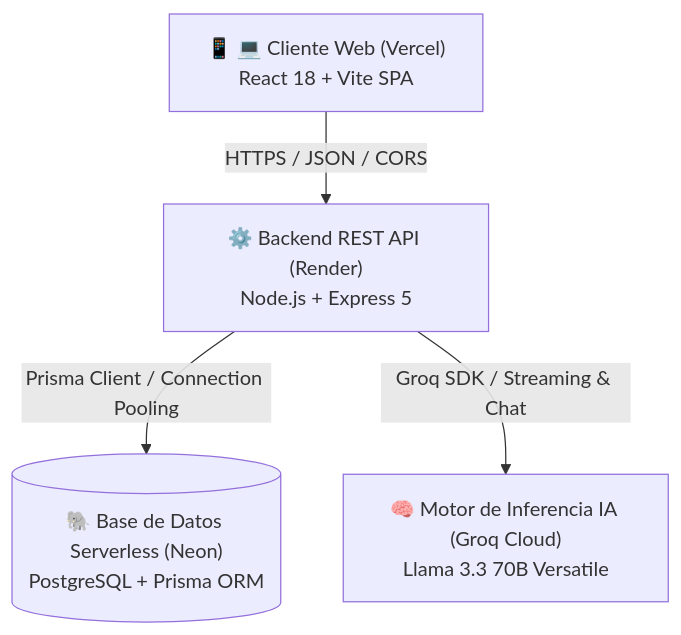
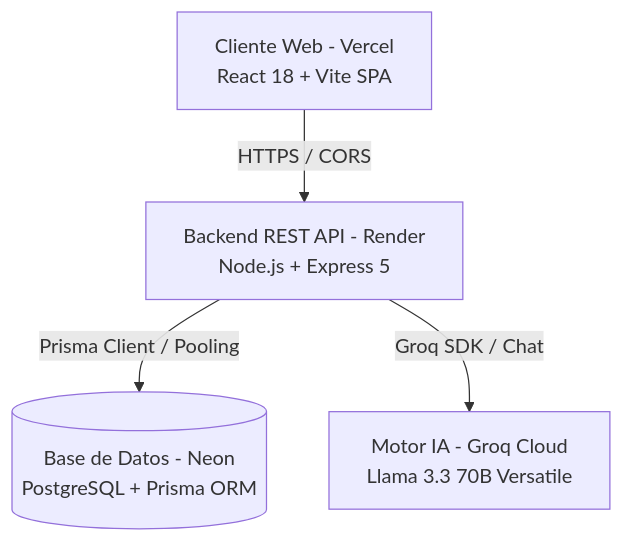
One commit to mirtaveron/tutor-so changed the diagram in README.md. Above: the diagram before and after it, drawn with Mermaid.

Commit message:
fix: resolve Mermaid diagram syntax for GitHub renderer

````diff
--- a/README.md
+++ b/README.md
@@ -21,11 +21,11 @@
 ```mermaid
-graph TD
-    Client["📱 💻 Cliente Web (Vercel)<br/>React 18 + Vite SPA"]
-    API["⚙️ Backend REST API (Render)<br/>Node.js + Express 5"]
-    DB[("🐘 Base de Datos Serverless (Neon)<br/>PostgreSQL + Prisma ORM")]
-    AI["🧠 Motor de Inferencia IA (Groq Cloud)<br/>Llama 3.3 70B Versatile"]
+flowchart TD
+    Client["Cliente Web - Vercel<br/>React 18 + Vite SPA"]
+    API["Backend REST API - Render<br/>Node.js + Express 5"]
+    DB[("Base de Datos - Neon<br/>PostgreSQL + Prisma ORM")]
+    AI["Motor IA - Groq Cloud<br/>Llama 3.3 70B Versatile"]
 
-    Client -->|HTTPS / JSON / CORS| API
-    API -->|Prisma Client / Connection Pooling| DB
-    API -->|Groq SDK / Streaming & Chat| AI
+    Client -->|HTTPS / CORS| API
+    API -->|Prisma Client / Pooling| DB
+    API -->|Groq SDK / Chat| AI
 ```
````
